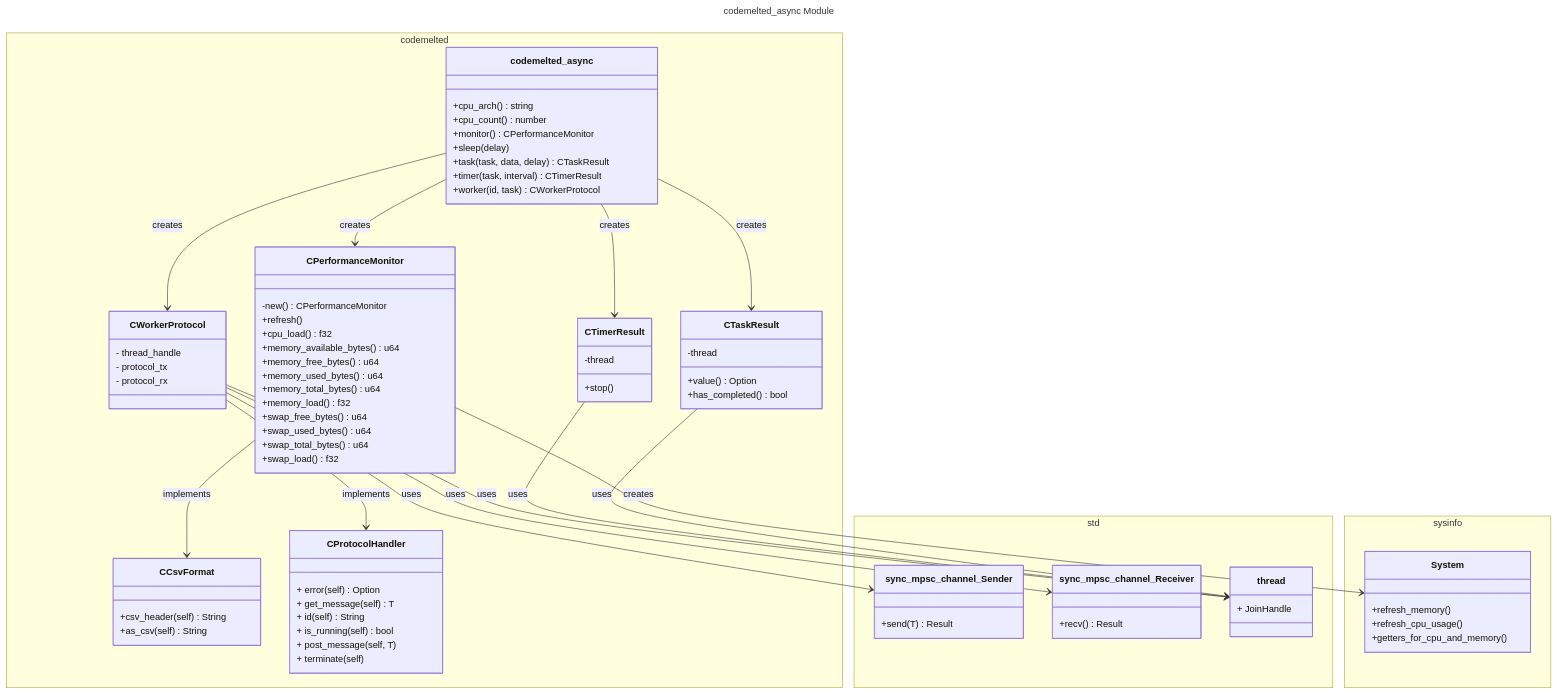
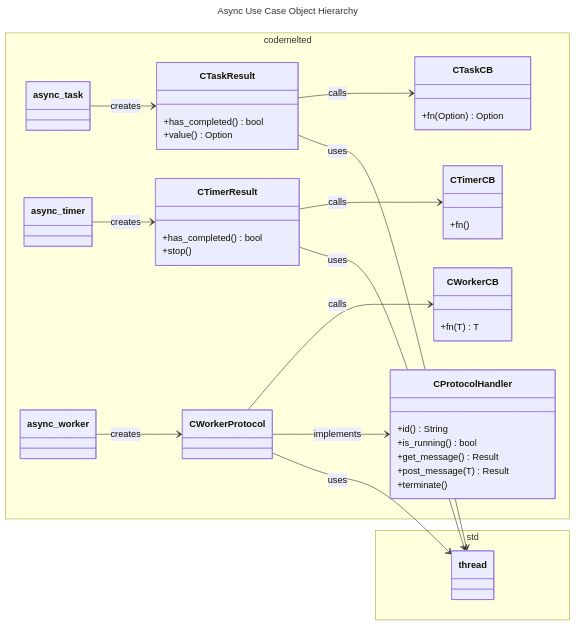
Before and after one commit to CodeMelted/codemelted_developer: the diagram in codemelted_rust/models/codemelted_async.mmd, drawn with Mermaid. The commit also changed 46 other files, not shown here.

Commit message:
codemelted_rust training completed and ready for publishing / sharing with dev team.

```diff
--- a/codemelted_rust/models/codemelted_async.mmd
+++ b/codemelted_rust/models/codemelted_async.mmd
@@ -1,87 +1,48 @@
 ---
-title: codemelted_async Module
+title: Async Use Case Object Hierarchy
 ---
 classDiagram
-  direction TB
+  direction LR
   namespace codemelted {
-    class codemelted_async {
-      +cpu_arch() string
-      +cpu_count() number
-      +monitor() CPerformanceMonitor
-      +sleep(delay)
-      +task(task, data, delay) CTaskResult
-      +timer(task, interval) CTimerResult
-      +worker(id, task) CWorkerProtocol
+    class CProtocolHandler {
+      +id() String
+      +is_running() bool
+      +get_message() Result
+      +post_message(T) Result
+      +terminate()
     }
-    class CCsvFormat {
-      +csv_header(self) String
-      +as_csv(self) String
-    }
-    class CPerformanceMonitor {
-      -new() CPerformanceMonitor
-      +refresh()
-      +cpu_load() f32
-      +memory_available_bytes() u64
-      +memory_free_bytes() u64
-      +memory_used_bytes() u64
-      +memory_total_bytes() u64
-      +memory_load() f32
-      +swap_free_bytes() u64
-      +swap_used_bytes() u64
-      +swap_total_bytes() u64
-      +swap_load() f32
-    }
-    class CProtocolHandler {
-      + error(self) Option
-      + get_message(self) T
-      + id(self) String
-      + is_running(self) bool
-      + post_message(self, T)
-      + terminate(self)
+    class CTaskCB {
+      +fn(Option) Option
     }
     class CTaskResult {
-      -thread
+      +has_completed() bool
       +value() Option
-      +has_completed() bool
+    }
+    class CTimerCB {
+      +fn()
     }
     class CTimerResult {
-      -thread
+      +has_completed() bool
       +stop()
     }
-    class CWorkerProtocol {
-      - thread_handle
-      - protocol_tx
-      - protocol_rx
+    class CWorkerCB {
+      +fn(T) T
     }
+    class CWorkerProtocol
+    class async_task
+    class async_timer
+    class async_worker
   }
   namespace std {
-      class sync_mpsc_channel_Sender {
-        +send(T) Result
-      }
-      class sync_mpsc_channel_Receiver {
-        +recv() Result
-      }
-
-    class thread {
-      + JoinHandle
-    }
+    class thread
   }
-  namespace sysinfo {
-    class System {
-      +refresh_memory()
-      +refresh_cpu_usage()
-      +getters_for_cpu_and_memory()
-    }
-  }
-  codemelted_async --> CPerformanceMonitor : creates
-  codemelted_async --> CWorkerProtocol : creates
-  codemelted_async --> CTaskResult : creates
-  codemelted_async --> CTimerResult : creates
-  CPerformanceMonitor --> CCsvFormat : implements
-  CPerformanceMonitor --> System : creates
-  CTaskResult --> thread : uses
-  CTimerResult --> thread : uses
-  CWorkerProtocol --> CProtocolHandler : implements
-  CWorkerProtocol --> thread : uses
-  CWorkerProtocol --> sync_mpsc_channel_Sender : uses
-  CWorkerProtocol --> sync_mpsc_channel_Receiver : uses
+  CTaskResult --> CTaskCB: calls
+  CTaskResult --> thread: uses
+  CTimerResult --> CTimerCB: calls
+  CTimerResult --> thread: uses
+  CWorkerProtocol --> CWorkerCB: calls
+  CWorkerProtocol --> CProtocolHandler: implements
+  CWorkerProtocol --> thread: uses
+  async_task --> CTaskResult: creates
+  async_timer --> CTimerResult: creates
+  async_worker --> CWorkerProtocol: creates
```
